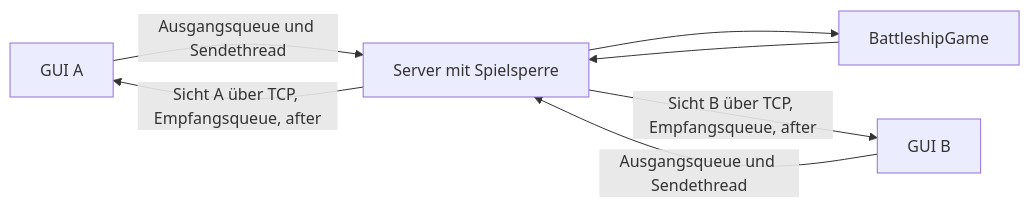
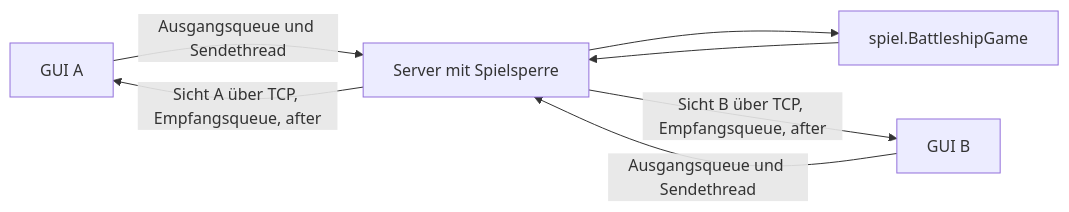
The diagram in docs/development/architecture.md (SUDOGODMODE/Game_Project_Programming3), drawn with Mermaid before and after one commit. The commit also changed other lines of this file and 77 other files, not shown here.

````diff
--- a/docs/development/architecture.md
+++ b/docs/development/architecture.md
@@ -6,9 +7,9 @@
 ```mermaid
 flowchart LR
     A[GUI A] -->|Ausgangsqueue und Sendethread| S[Server mit Spielsperre]
     B[GUI B] -->|Ausgangsqueue und Sendethread| S
-    S --> K[BattleshipGame]
+    S --> K[spiel.BattleshipGame]
     K --> S
     S -->|Sicht A über TCP, Empfangsqueue, after| A
     S -->|Sicht B über TCP, Empfangsqueue, after| B
 ```
````
